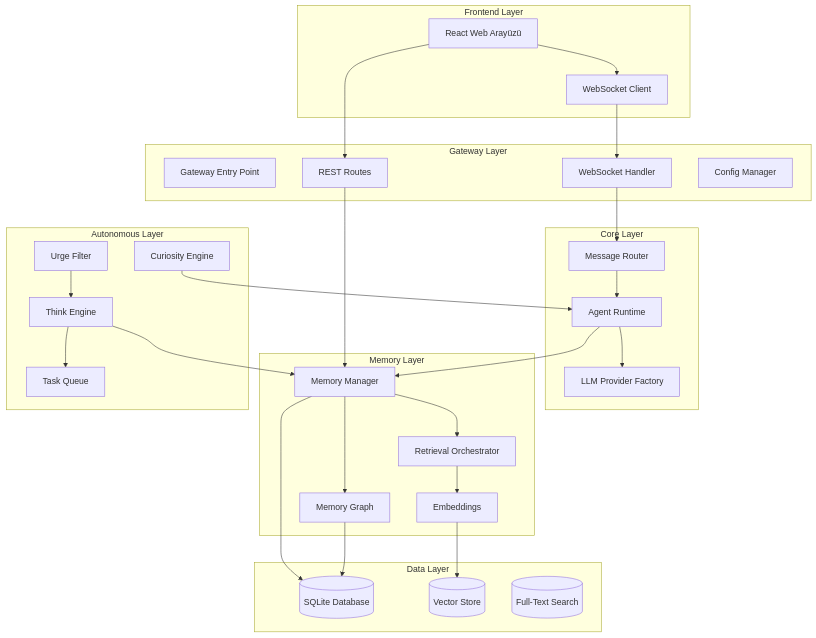
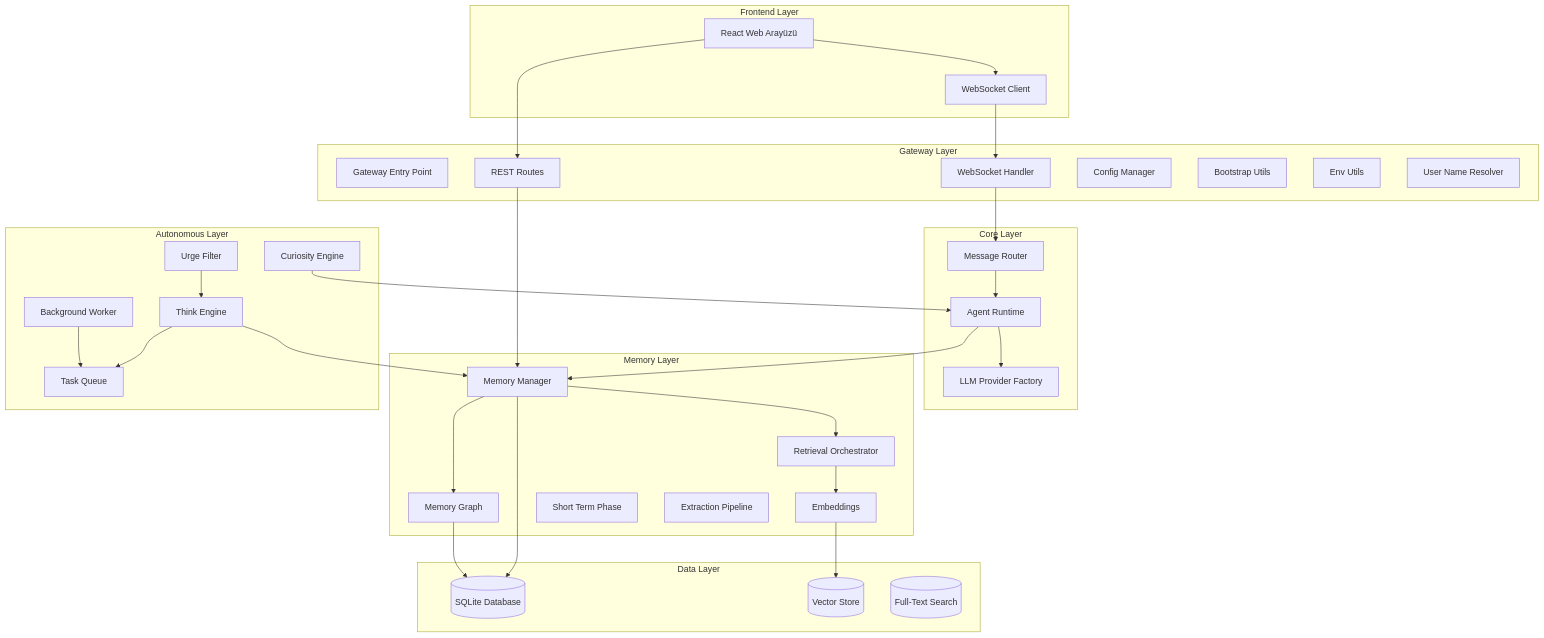
One commit to Winterus20/PenceAI changed the first of 6 diagrams in PROJECT_MAP.md. Above: the diagram before and after it, drawn with Mermaid. The commit also changed other lines of this file and 33 other files, not shown here.

````diff
--- a/PROJECT_MAP.md
+++ b/PROJECT_MAP.md
@@ -41,59 +43,66 @@
 ```mermaid
 graph TB
     subgraph "Frontend Layer"
         WEB[React Web Arayüzü]
         WS[WebSocket Client]
     end
     
     subgraph "Gateway Layer"
         GW[Gateway Entry Point]
         ROUTES[REST Routes]
         WSH[WebSocket Handler]
         CONFIG[Config Manager]
+        BOOTSTRAP[Bootstrap Utils]
+        ENVUTILS[Env Utils]
+        USERNAME[User Name Resolver]
     end
     
     subgraph "Core Layer"
         ROUTER[Message Router]
         AGENT[Agent Runtime]
         LLM[LLM Provider Factory]
     end
     
     subgraph "Memory Layer"
         MM[Memory Manager]
         MG[Memory Graph]
         EMB[Embeddings]
         RET[Retrieval Orchestrator]
+        STM[Short Term Phase]
+        EXT[Extraction Pipeline]
     end
     
     subgraph "Autonomous Layer"
         THINK[Think Engine]
         CURIO[Curiosity Engine]
         URGE[Urge Filter]
         QUEUE[Task Queue]
+        WORKER[Background Worker]
     end
     
     subgraph "Data Layer"
         DB[(SQLite Database)]
         VEC[(Vector Store)]
         FTS[(Full-Text Search)]
     end
     
     WEB --> ROUTES
     WEB --> WS
     WS --> WSH
     WSH --> ROUTER
     ROUTES --> MM
     ROUTER --> AGENT
     AGENT --> LLM
     AGENT --> MM
     MM --> MG
     MM --> RET
     RET --> EMB
     MM --> DB
     MG --> DB
     EMB --> VEC
     THINK --> MM
     THINK --> QUEUE
     CURIO --> AGENT
     URGE --> THINK
+    WORKER --> QUEUE
 ```
````
